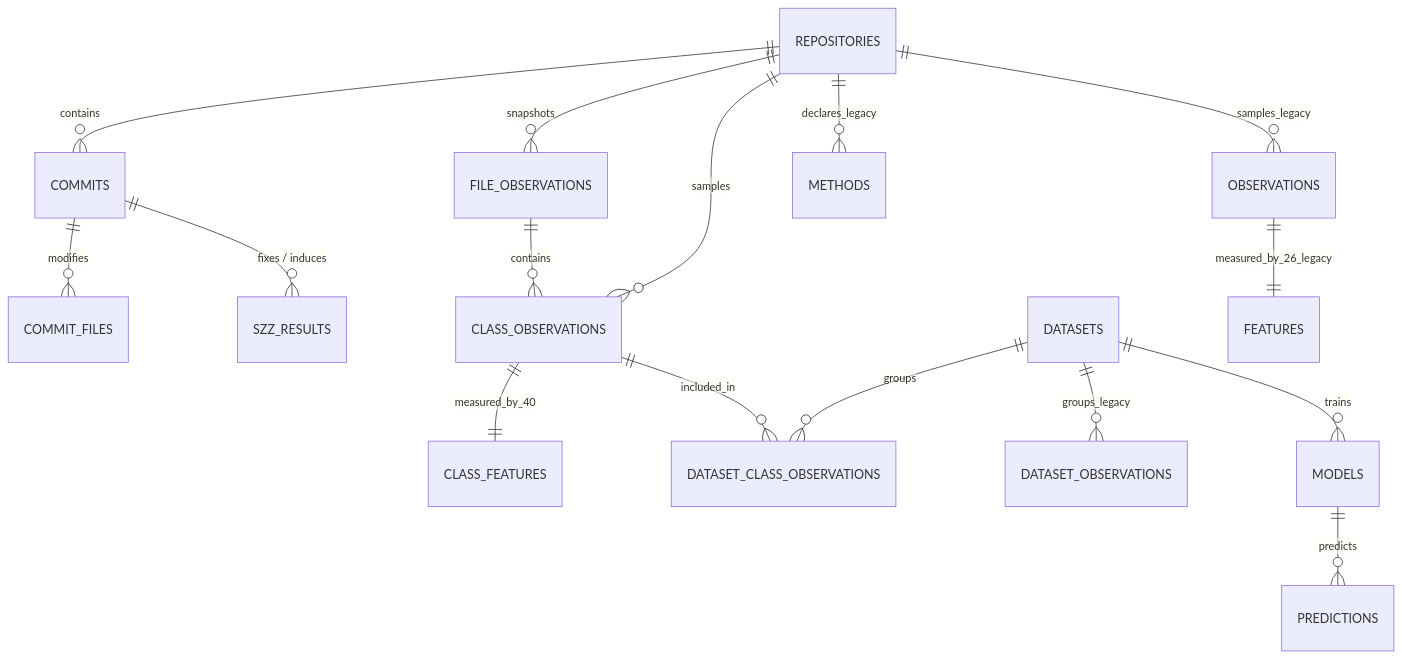
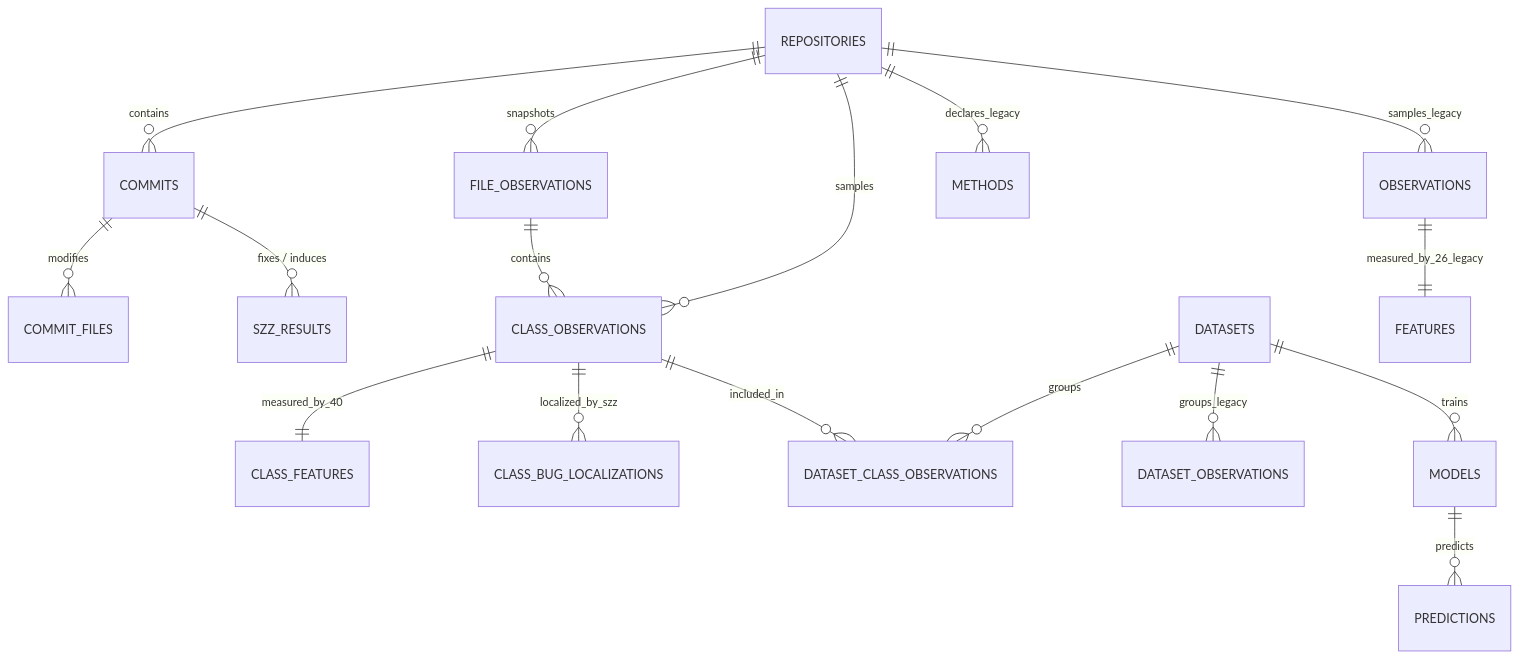
One commit to BogdanCTU/Applied-Computational-Intelligence-UBB changed the diagram in Year2_Semester1_ComputationalIntelligenceSoftwareEngineering/CISE_Project2/1_Database/Schema/database_schema.md. Above: the diagram before and after it, drawn with Mermaid. The commit also changed other lines of this file and 60 other files, not shown here.

````diff
--- a/Year2_Semester1_ComputationalIntelligenceSoftwareEngineering/CISE_Project2/1_Database/Schema/database_schema.md
+++ b/Year2_Semester1_ComputationalIntelligenceSoftwareEngineering/CISE_Project2/1_Database/Schema/database_schema.md
@@ -11,18 +11,19 @@
 ```mermaid
 erDiagram
     REPOSITORIES ||--o{ COMMITS : "contains"
     COMMITS ||--o{ COMMIT_FILES : "modifies"
     COMMITS ||--o{ SZZ_RESULTS : "fixes / induces"
     REPOSITORIES ||--o{ FILE_OBSERVATIONS : "snapshots"
     FILE_OBSERVATIONS ||--o{ CLASS_OBSERVATIONS : "contains"
     REPOSITORIES ||--o{ CLASS_OBSERVATIONS : "samples"
     CLASS_OBSERVATIONS ||--|| CLASS_FEATURES : "measured_by_40"
+    CLASS_OBSERVATIONS ||--o{ CLASS_BUG_LOCALIZATIONS : "localized_by_szz"
     DATASETS ||--o{ DATASET_CLASS_OBSERVATIONS : "groups"
     CLASS_OBSERVATIONS ||--o{ DATASET_CLASS_OBSERVATIONS : "included_in"
     REPOSITORIES ||--o{ METHODS : "declares_legacy"
     REPOSITORIES ||--o{ OBSERVATIONS : "samples_legacy"
     OBSERVATIONS ||--|| FEATURES : "measured_by_26_legacy"
     DATASETS ||--o{ DATASET_OBSERVATIONS : "groups_legacy"
     DATASETS ||--o{ MODELS : "trains"
     MODELS ||--o{ PREDICTIONS : "predicts"
 ```
````
